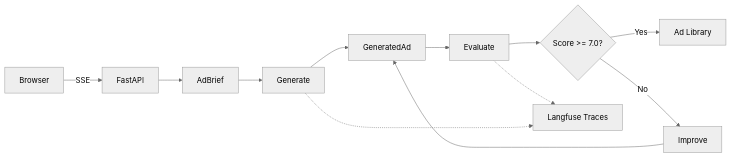
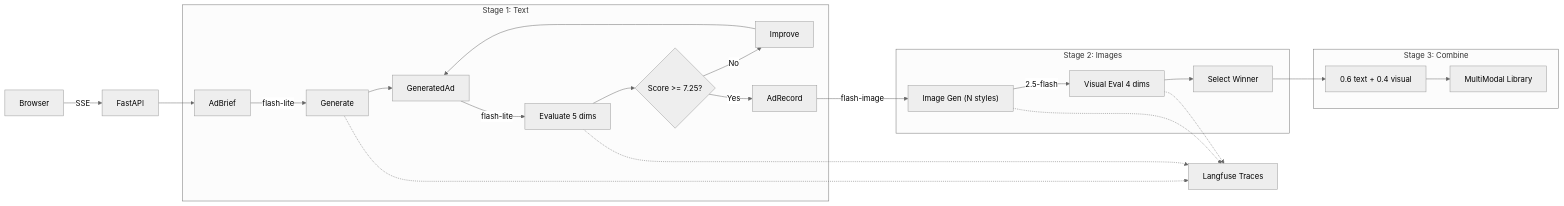
Before and after one commit to weeb3dev/ad-engine: the diagram in README.md, drawn with Mermaid (neutral theme). The commit also changed other lines of this file and 7 other files, not shown here.

````diff
--- a/README.md
+++ b/README.md
@@ -22,14 +22,31 @@
 ```mermaid
 flowchart LR
     Browser[Browser] -->|SSE| Server[FastAPI]
     Server --> Brief[AdBrief]
-    Brief --> Gen[Generate]
-    Gen --> Ad[GeneratedAd]
-    Ad --> Eval[Evaluate]
-    Eval --> Score{"Score >= 7.0?"}
-    Score -->|Yes| Library[Ad Library]
-    Score -->|No| Improve[Improve]
-    Improve --> Ad
-    Eval -.-> Langfuse[Langfuse Traces]
-    Gen -.-> Langfuse
+
+    subgraph textStage [Stage 1: Text]
+        Brief -->|flash-lite| Gen[Generate]
+        Gen --> Ad[GeneratedAd]
+        Ad -->|flash-lite| Eval[Evaluate 5 dims]
+        Eval --> Score{"Score >= 7.25?"}
+        Score -->|No| Improve[Improve]
+        Improve --> Ad
+        Score -->|Yes| TextRecord[AdRecord]
+    end
+
+    subgraph imageStage [Stage 2: Images]
+        TextRecord -->|flash-image| ImgGen["Image Gen (N styles)"]
+        ImgGen -->|"2.5-flash"| VisEval[Visual Eval 4 dims]
+        VisEval --> Select[Select Winner]
+    end
+
+    subgraph combineStage [Stage 3: Combine]
+        Select --> Combined["0.6 text + 0.4 visual"]
+        Combined --> Library[MultiModal Library]
+    end
+
+    Gen -.-> Langfuse[Langfuse Traces]
+    Eval -.-> Langfuse
+    ImgGen -.-> Langfuse
+    VisEval -.-> Langfuse
 ```
````
